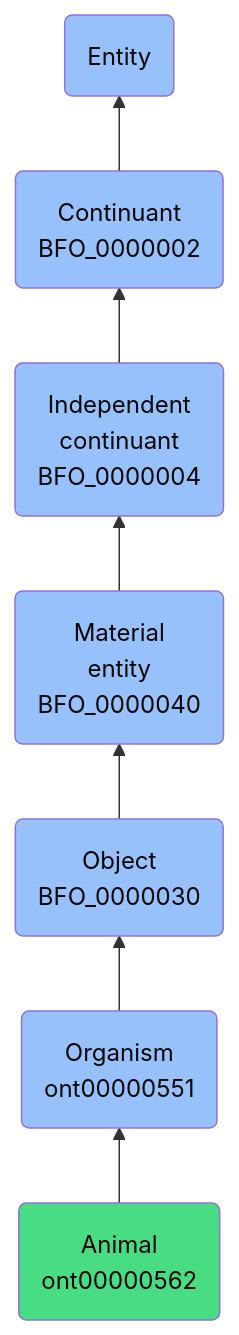
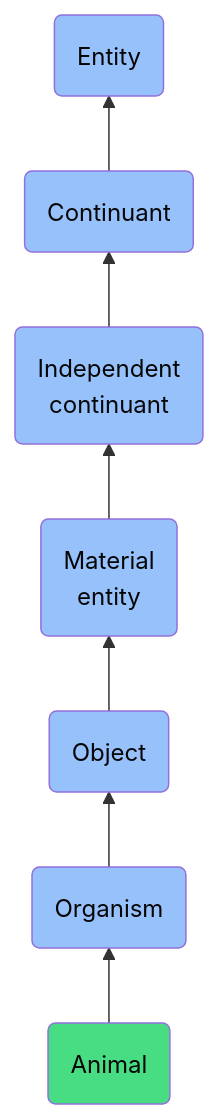
Before and after one commit to jupyter-naas/abi: the diagram in docs/ontology/reference/model/Entity/Continuant/Independent continuant/Material entity/Object/Organism/Animal/Animal.md, drawn with Mermaid. The commit also changed other lines of this file and 1430 other files, not shown here.

````diff
--- a/docs/ontology/reference/model/Entity/Continuant/Independent continuant/Material entity/Object/Organism/Animal/Animal.md
+++ b/docs/ontology/reference/model/Entity/Continuant/Independent continuant/Material entity/Object/Organism/Animal/Animal.md
@@ -24,14 +24,14 @@
 ```mermaid
 graph BT
-    ont00000562(Animal<br>ont00000562):::ABI-->ont00000551
-    ont00000551(Organism<br>ont00000551):::BFO-->BFO_0000030
-    BFO_0000030(Object<br>BFO_0000030):::BFO-->BFO_0000040
-    BFO_0000040(Material<br>entity<br>BFO_0000040):::BFO-->BFO_0000004
-    BFO_0000004(Independent<br>continuant<br>BFO_0000004):::BFO-->BFO_0000002
-    BFO_0000002(Continuant<br>BFO_0000002):::BFO-->BFO_0000001
+    ont00000562(Animal):::ABI-->ont00000551
+    ont00000551(Organism):::BFO-->BFO_0000030
+    BFO_0000030(Object):::BFO-->BFO_0000040
+    BFO_0000040(Material<br>entity):::BFO-->BFO_0000004
+    BFO_0000004(Independent<br>continuant):::BFO-->BFO_0000002
+    BFO_0000002(Continuant):::BFO-->BFO_0000001
     BFO_0000001(Entity):::BFO
     
     classDef BFO fill:#97c1fb,color:#060606
     classDef CCO fill:#e4c51e,color:#060606
     classDef ABI fill:#48DD82,color:#060606
 ```
````
